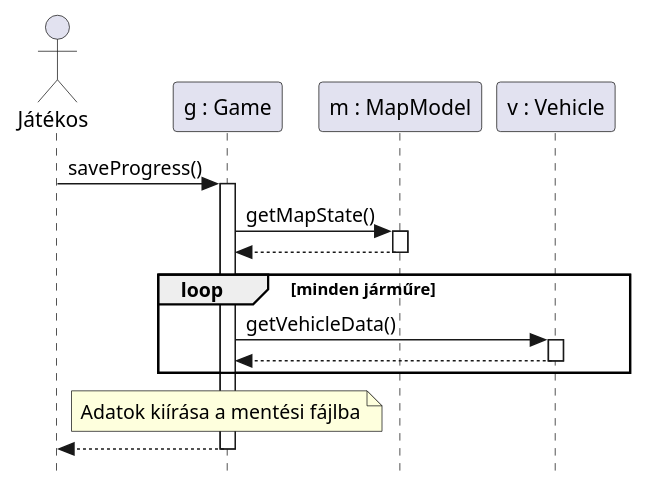
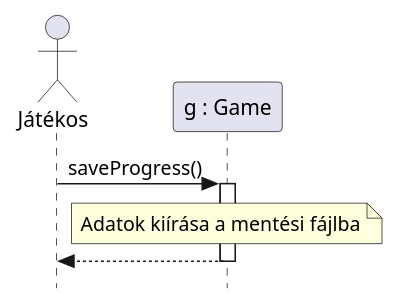
The diagram in docs/diagrams/16UC.puml (toth-andor/UneNotteANapoli), drawn with PlantUML before and after one commit. The commit also changed 25 other files, not shown here.

Commit message:
update sequence diagrams

```diff
--- a/docs/diagrams/16UC.puml
+++ b/docs/diagrams/16UC.puml
@@ -1,26 +1,12 @@
 @startuml
 skinparam style strictuml
 
 actor "Játékos" as J
 participant "g : Game" as G
-participant "m : MapModel" as M
-participant "v : Vehicle" as V
 
 J -> G : saveProgress()
 activate G
-    G -> M : getMapState()
-    activate M
-    M --> G
-    deactivate M
-    
-    loop minden járműre
-        G -> V : getVehicleData()
-        activate V
-        V --> G
-        deactivate V
-    end
-    
     note over G: Adatok kiírása a mentési fájlba
 G --> J
 deactivate G
 @enduml
```
